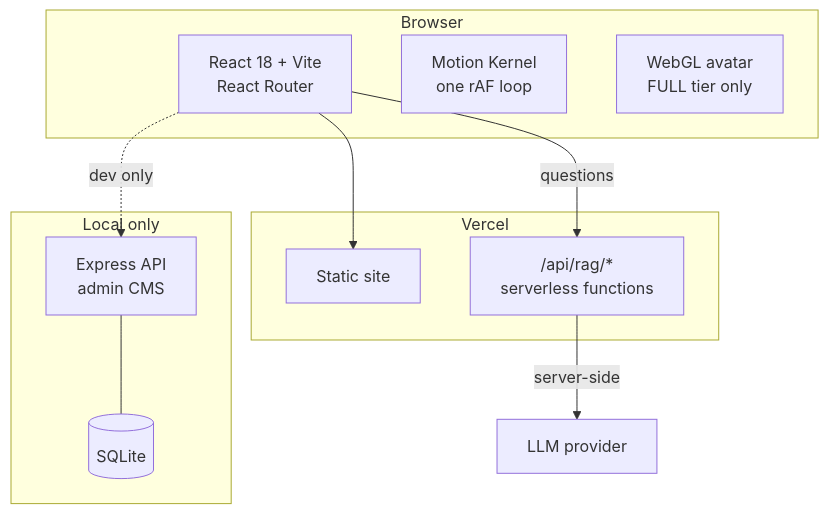
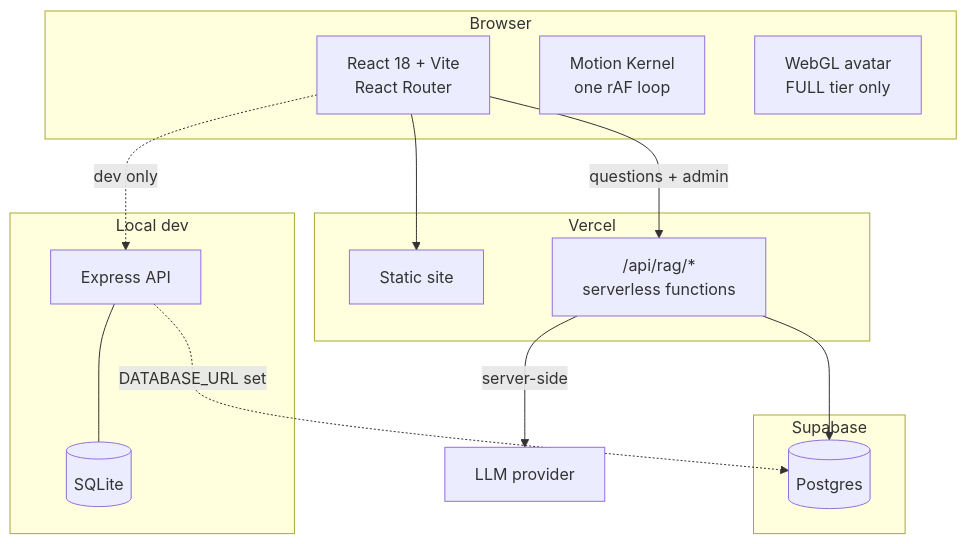
Before and after one commit to heyhusn/portfolio-website: the second of 2 diagrams in README.md, drawn with Mermaid. The commit also changed other lines of this file and 80 other files, not shown here.

````diff
--- a/README.md
+++ b/README.md
@@ -129,21 +130,26 @@
 ```mermaid
 flowchart TB
     subgraph browser [Browser]
         R[React 18 + Vite<br/>React Router]
         MK[Motion Kernel<br/>one rAF loop]
         WGL[WebGL avatar<br/>FULL tier only]
     end
     subgraph edge [Vercel]
         S[Static site]
         FN["/api/rag/*<br/>serverless functions"]
     end
-    subgraph local [Local only]
-        EX[Express API<br/>admin CMS]
-        DB[(SQLite)]
+    subgraph data [Supabase]
+        PG[(Postgres)]
+    end
+    subgraph local [Local dev]
+        EX[Express API]
+        SQ[(SQLite)]
     end
     R --> S
-    R -->|questions| FN
+    R -->|questions + admin| FN
     FN -->|server-side| LLM[LLM provider]
+    FN --> PG
     R -.dev only.-> EX
-    EX --- DB
+    EX --- SQ
+    EX -.DATABASE_URL set.-> PG
 ```
````
